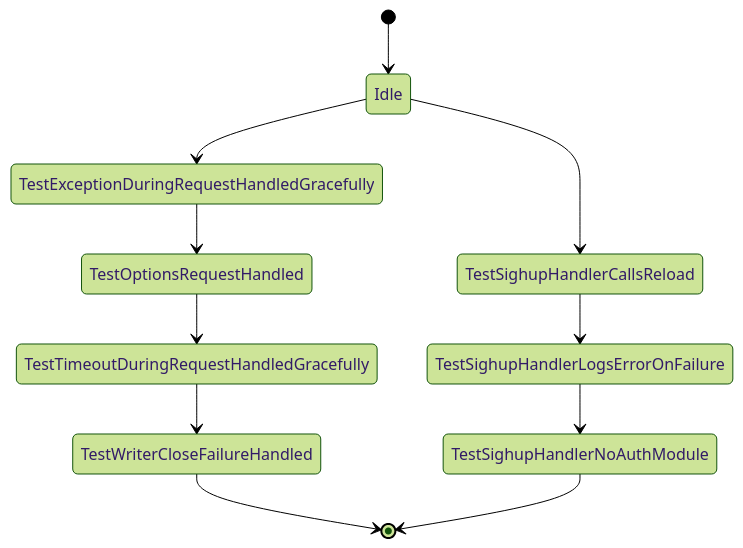
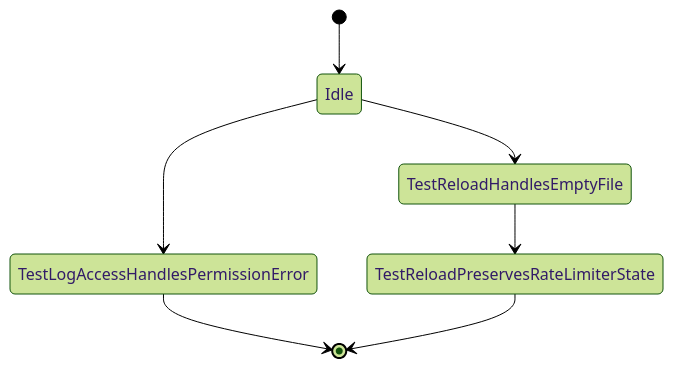
Before and after one commit to zepfu/llama-gguf-inference: the second of 8 diagrams in docs/auto/ARCHITECTURE_AUTO.md, drawn with Mermaid (forest theme). The commit also changed other lines of this file and 2 other files, not shown here.

````diff
--- a/docs/auto/ARCHITECTURE_AUTO.md
+++ b/docs/auto/ARCHITECTURE_AUTO.md
@@ -37,13 +35,9 @@
 ```mermaid
 stateDiagram-v2
     [*] --> Idle
-    Idle --> TestExceptionDuringRequestHandledGracefully
-    TestExceptionDuringRequestHandledGracefully --> TestOptionsRequestHandled
-    TestOptionsRequestHandled --> TestTimeoutDuringRequestHandledGracefully
-    TestTimeoutDuringRequestHandledGracefully --> TestWriterCloseFailureHandled
-    TestWriterCloseFailureHandled --> [*]
-    Idle --> TestSighupHandlerCallsReload
-    TestSighupHandlerCallsReload --> TestSighupHandlerLogsErrorOnFailure
-    TestSighupHandlerLogsErrorOnFailure --> TestSighupHandlerNoAuthModule
-    TestSighupHandlerNoAuthModule --> [*]
+    Idle --> TestLogAccessHandlesPermissionError
+    TestLogAccessHandlesPermissionError --> [*]
+    Idle --> TestReloadHandlesEmptyFile
+    TestReloadHandlesEmptyFile --> TestReloadPreservesRateLimiterState
+    TestReloadPreservesRateLimiterState --> [*]
 ```
````
